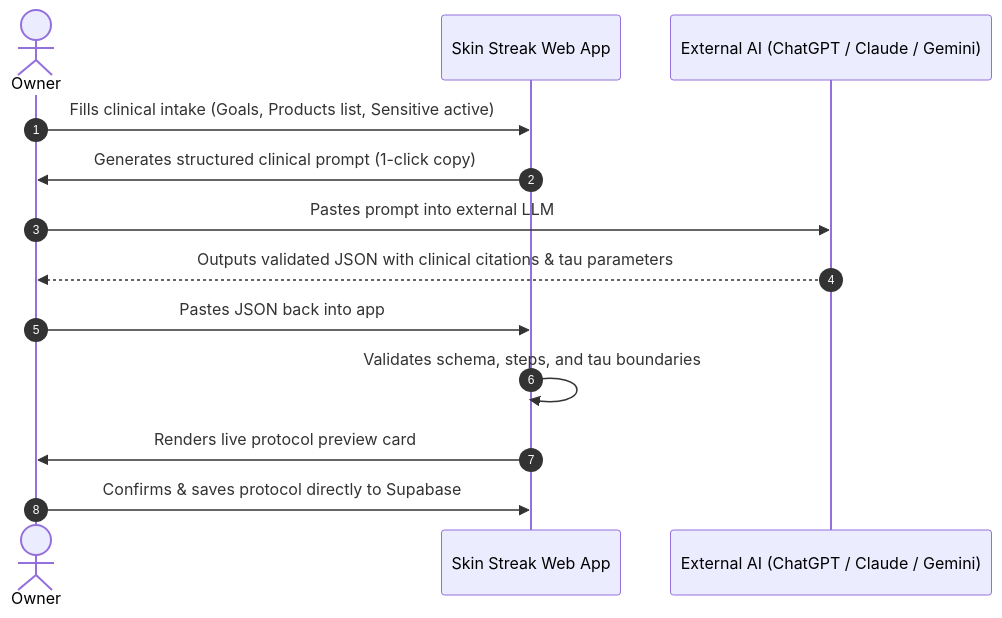
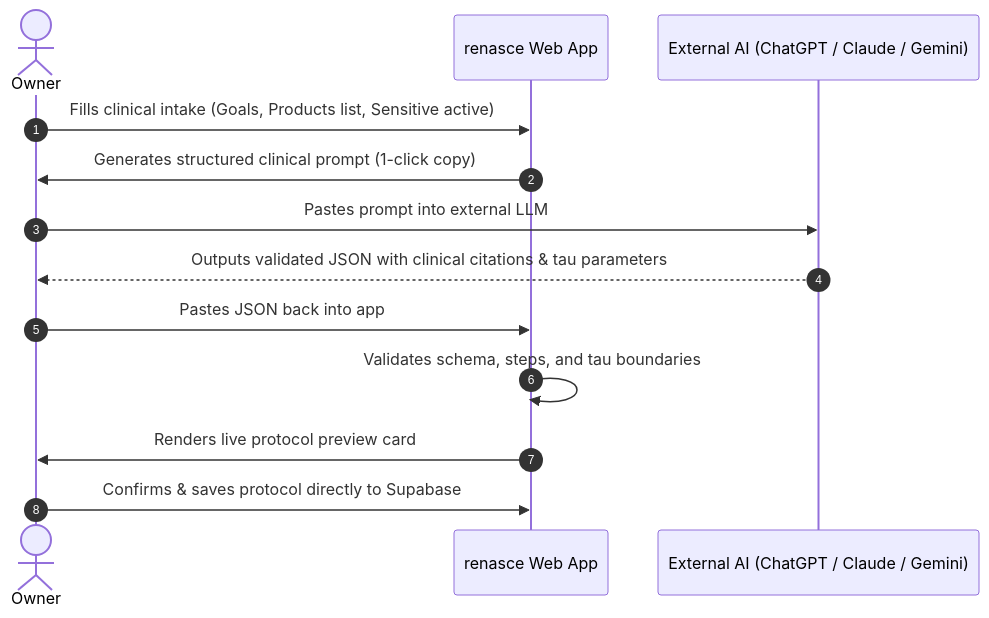
The second of 2 diagrams in README.md (uncoolburrito/skincare), drawn with Mermaid before and after one commit. The commit also changed other lines of this file and 21 other files, not shown here.

Commit message:
feat: rebrand app to renasce (rebirth/renewal) and update live domain to renasce.vercel.app

````diff
--- a/README.md
+++ b/README.md
@@ -96,16 +100,16 @@
 ```mermaid
 sequenceDiagram
   autonumber
   actor User as Owner
-  participant App as Skin Streak Web App
+  participant App as renasce Web App
   participant LLM as External AI (ChatGPT / Claude / Gemini)
 
   User->>App: Fills clinical intake (Goals, Products list, Sensitive active)
   App->>User: Generates structured clinical prompt (1-click copy)
   User->>LLM: Pastes prompt into external LLM
   LLM-->>User: Outputs validated JSON with clinical citations & tau parameters
   User->>App: Pastes JSON back into app
   App->>App: Validates schema, steps, and tau boundaries
   App->>User: Renders live protocol preview card
   User->>App: Confirms & saves protocol directly to Supabase
 ```
````
